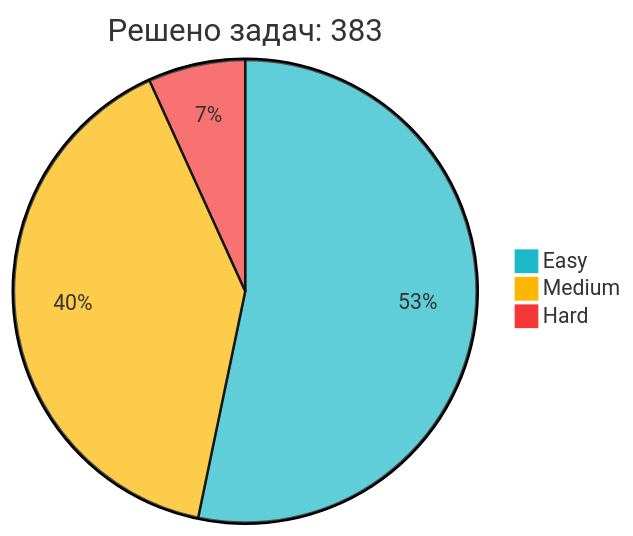
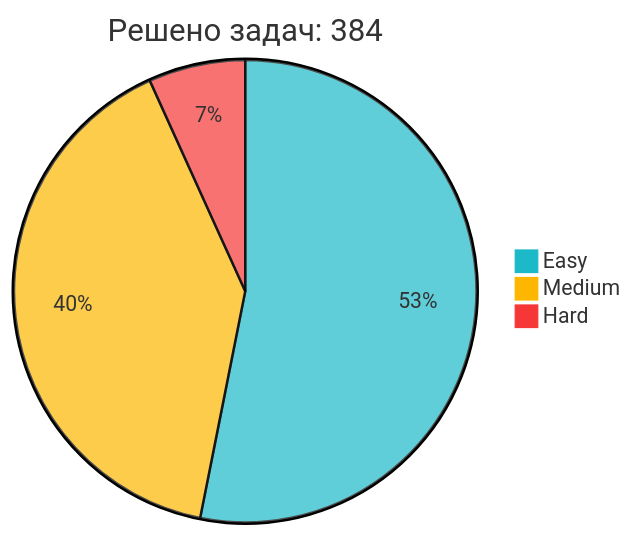
The diagram in README.md (IliaKurdukov/IliaKurdukov), drawn with Mermaid before and after one commit. The commit also changed other lines of this file, not shown here.

Commit message:
📈 Обновление статистики LeetCode

````diff
--- a/README.md
+++ b/README.md
@@ -51,7 +51,7 @@
 ```mermaid
 %%{init: {'theme': 'base', 'themeVariables': { 'pie1': '#1CBAC8', 'pie2': '#FEB700', 'pie3': '#F63737' }, 'config': {'width': 300, 'height': 200}}}%%
-pie title Решено задач: 383
+pie title Решено задач: 384
    "Easy" : 204
-   "Medium" : 153
+   "Medium" : 154
    "Hard" : 26
 ```
````
